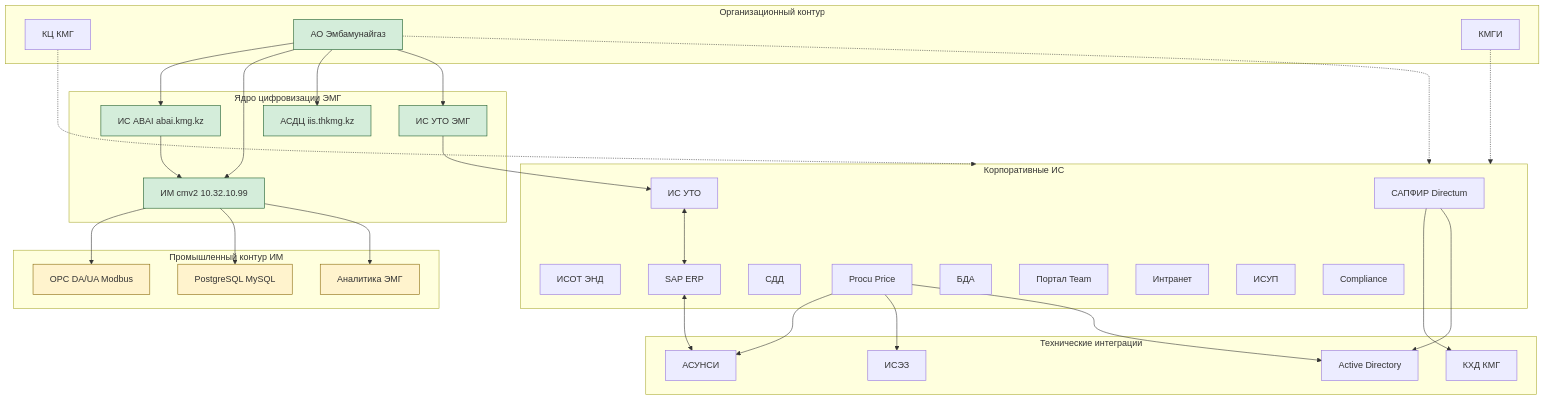
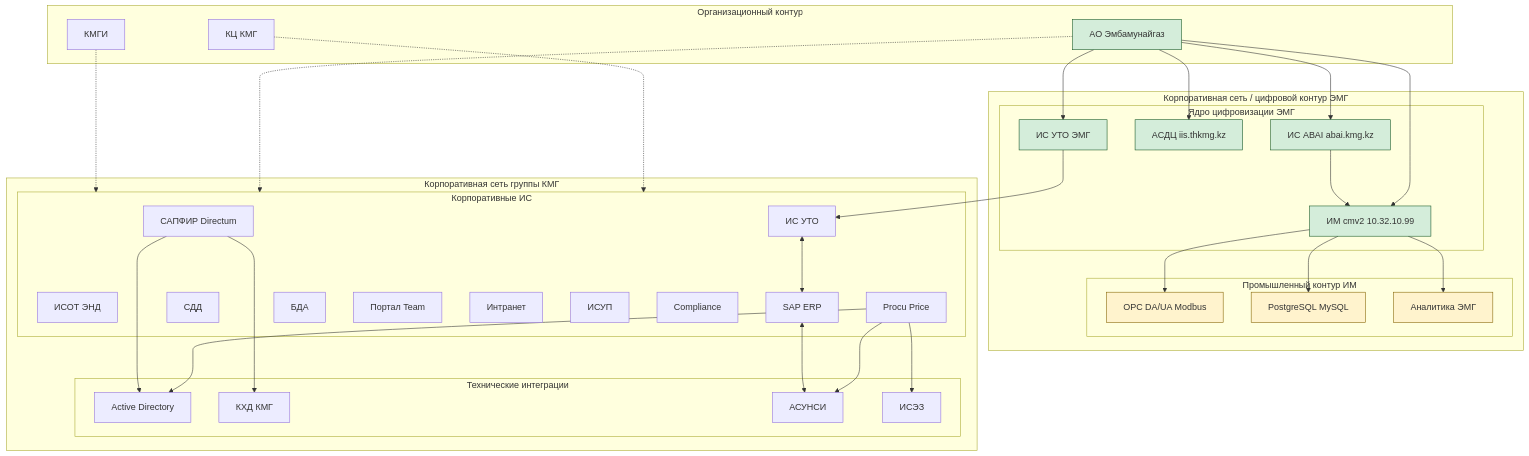
One commit to KMNV777/main_arsen changed the diagram in docs/svg/00-summary-architecture.mmd. Above: the diagram before and after it, drawn with Mermaid. The commit also changed 18 other files, not shown here.

First line of the commit message:
Add KMG/EMG corporate network architecture diagram

```diff
--- a/docs/svg/00-summary-architecture.mmd
+++ b/docs/svg/00-summary-architecture.mmd
@@ -1,63 +1,65 @@
 flowchart TB
     subgraph Org["Организационный контур"]
         KC["КЦ КМГ"]
         EMG["АО Эмбамунайгаз"]
         KMGI["КМГИ"]
     end
 
-    subgraph CoreEMG["Ядро цифровизации ЭМГ"]
-        ABAI["ИС ABAI abai.kmg.kz"]
-        IM["ИМ cmv2 10.32.10.99"]
-        ASDC["АСДЦ iis.thkmg.kz"]
-        UTOEMG["ИС УТО ЭМГ"]
+    subgraph NetEMG["Корпоративная сеть / цифровой контур ЭМГ"]
+        subgraph CoreEMG["Ядро цифровизации ЭМГ"]
+            ABAI["ИС ABAI abai.kmg.kz"]
+            IM["ИМ cmv2 10.32.10.99"]
+            ASDC["АСДЦ iis.thkmg.kz"]
+            UTOEMG["ИС УТО ЭМГ"]
+        end
+        subgraph OT["Промышленный контур ИМ"]
+            OPC["OPC DA/UA Modbus"]
+            PG["PostgreSQL MySQL"]
+            Analytics["Аналитика ЭМГ"]
+        end
     end
 
-    subgraph CorpIS["Корпоративные ИС"]
-        SAPFIR["САПФИР Directum"]
-        ISOT["ИСОТ ЭНД"]
-        SAPP["SAP ERP"]
-        UTO["ИС УТО"]
-        SDD["СДД"]
-        Procu["Procu Price"]
-        BDA["БДА"]
-        Team["Портал Team"]
-        Intranet["Интранет"]
-        ISUP["ИСУП"]
-        Compliance["Compliance"]
-    end
-
-    subgraph TechInt["Технические интеграции"]
-        AD["Active Directory"]
-        KHD["КХД КМГ"]
-        ASUNSI["АСУНСИ"]
-        ISEZ["ИСЭЗ"]
-    end
-
-    subgraph OT["Промышленный контур ИМ"]
-        OPC["OPC DA/UA Modbus"]
-        PG["PostgreSQL MySQL"]
-        Analytics["Аналитика ЭМГ"]
+    subgraph NetKMG["Корпоративная сеть группы КМГ"]
+        subgraph CorpIS["Корпоративные ИС"]
+            SAPFIR["САПФИР Directum"]
+            ISOT["ИСОТ ЭНД"]
+            SAPP["SAP ERP"]
+            UTO["ИС УТО"]
+            SDD["СДД"]
+            Procu["Procu Price"]
+            BDA["БДА"]
+            Team["Портал Team"]
+            Intranet["Интранет"]
+            ISUP["ИСУП"]
+            Compliance["Compliance"]
+        end
+        subgraph TechInt["Технические интеграции"]
+            AD["Active Directory"]
+            KHD["КХД КМГ"]
+            ASUNSI["АСУНСИ"]
+            ISEZ["ИСЭЗ"]
+        end
     end
 
     KC & EMG & KMGI -.-> CorpIS
     EMG --> ABAI
     EMG --> IM
     EMG --> ASDC
     EMG --> UTOEMG
     ABAI --> IM
     IM --> OPC
     IM --> PG
     IM --> Analytics
     UTOEMG --> UTO
     UTO <--> SAPP
     Procu --> ASUNSI
     Procu --> ISEZ
     SAPP <--> ASUNSI
     SAPFIR --> KHD
     Procu --> AD
     SAPFIR --> AD
 
     classDef emg fill:#d4edda,stroke:#155724
     classDef ot fill:#fff3cd,stroke:#856404
     class ABAI,IM,UTOEMG,ASDC,EMG emg
     class OPC,PG,Analytics ot
```
